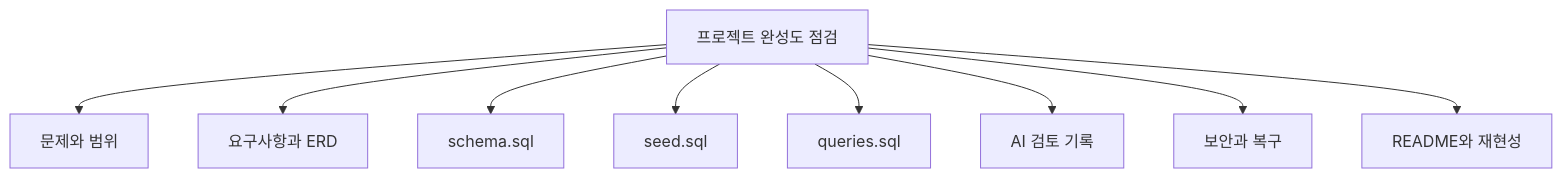
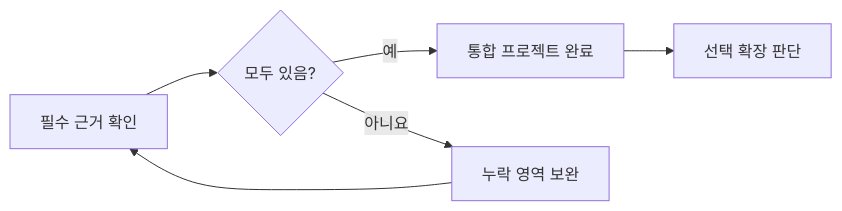
Before and after one commit to GilbertMoon/ai-database-book: the diagram in images/chapter15/ch15_08_completion_checklist.mmd, drawn with Mermaid. The commit also changed 79 other files, not shown here.

Commit message:
Revise Chapters 12, 14, and 15 content and diagrams

```diff
--- a/images/chapter15/ch15_08_completion_checklist.mmd
+++ b/images/chapter15/ch15_08_completion_checklist.mmd
@@ -1,10 +1,6 @@
-flowchart TB
-    A[프로젝트 완성도 점검]
-    A --> B[문제와 범위]
-    A --> C[요구사항과 ERD]
-    A --> D[schema.sql]
-    A --> E[seed.sql]
-    A --> F[queries.sql]
-    A --> G[AI 검토 기록]
-    A --> H[보안과 복구]
-    A --> I[README와 재현성]
+flowchart LR
+A[필수 근거 확인] --> B{모두 있음?}
+B -->|예| C[통합 프로젝트 완료]
+B -->|아니요| D[누락 영역 보완]
+D --> A
+C --> E[선택 확장 판단]
```
